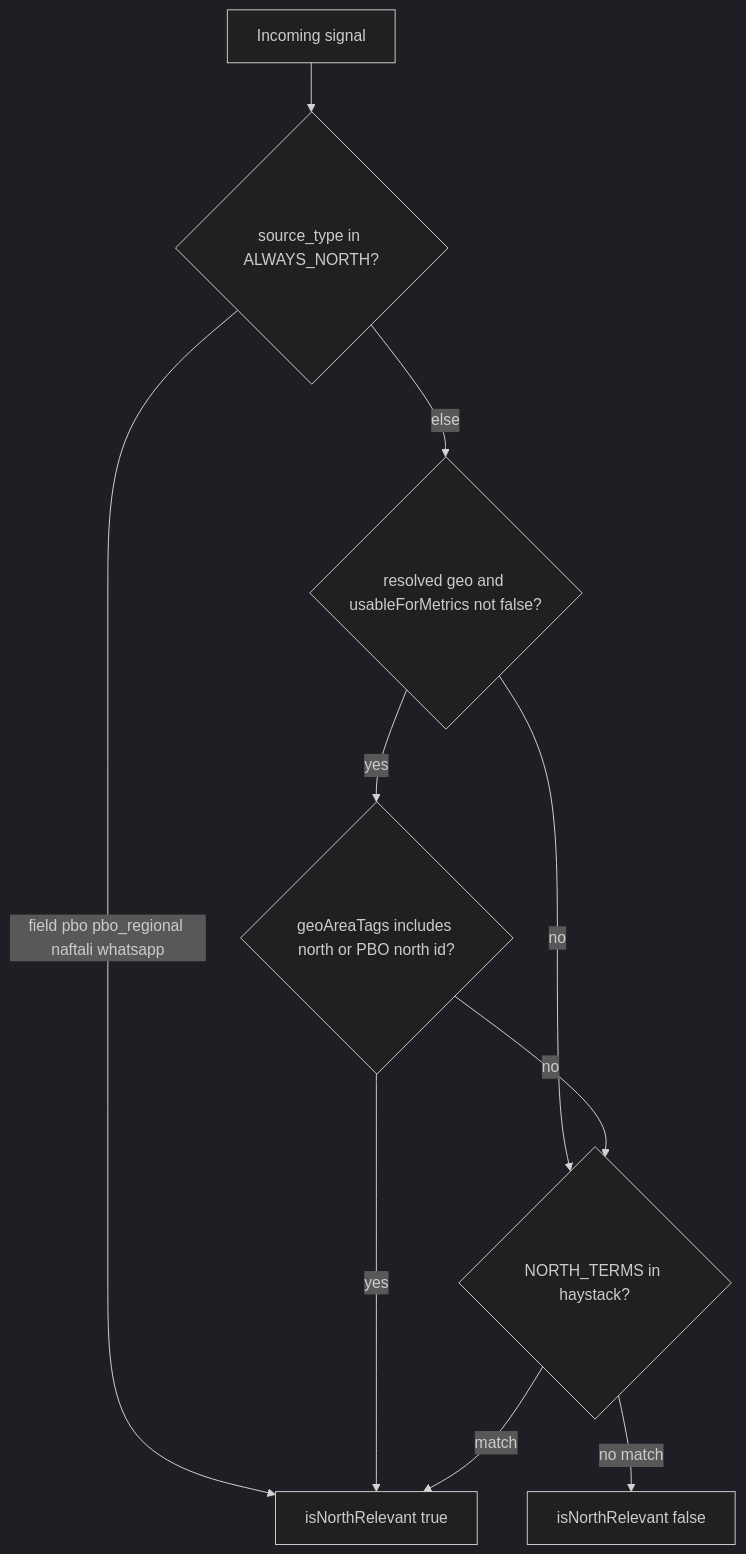
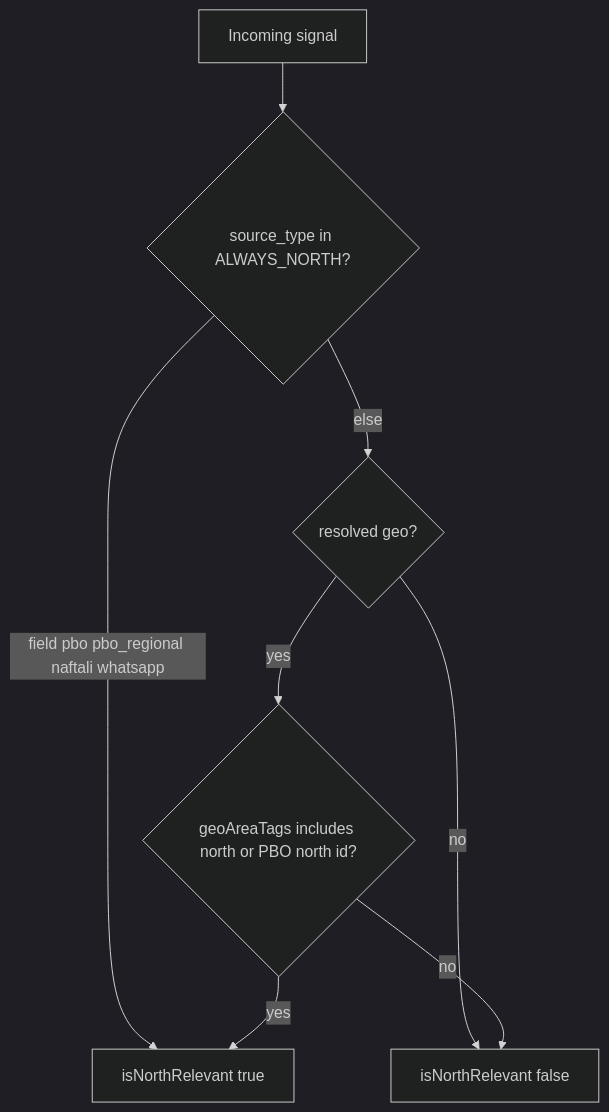
Before and after one commit to anatolyZader/news-fetch: the second of 2 diagrams in docs/reviews/application-architecture-and-analysis-deep-dive.md, drawn with Mermaid (dark theme). The commit also changed other lines of this file and 91 other files, not shown here.

````diff
--- a/docs/reviews/application-architecture-and-analysis-deep-dive.md
+++ b/docs/reviews/application-architecture-and-analysis-deep-dive.md
@@ -317,19 +317,16 @@
 ```mermaid
 flowchart TD
   sig[Incoming signal]
   st{source_type in ALWAYS_NORTH?}
-  geo{resolved geo and usableForMetrics not false?}
+  geo{resolved geo?}
   tags{geoAreaTags includes north or PBO north id?}
-  kw{NORTH_TERMS in haystack?}
   outY[isNorthRelevant true]
   outN[isNorthRelevant false]
   sig --> st
   st -->|field pbo pbo_regional naftali whatsapp| outY
   st -->|else| geo
-  geo -->|no| kw
+  geo -->|no| outN
   geo -->|yes| tags
   tags -->|yes| outY
-  tags -->|no| kw
-  kw -->|match| outY
-  kw -->|no match| outN
+  tags -->|no| outN
 ```
````
